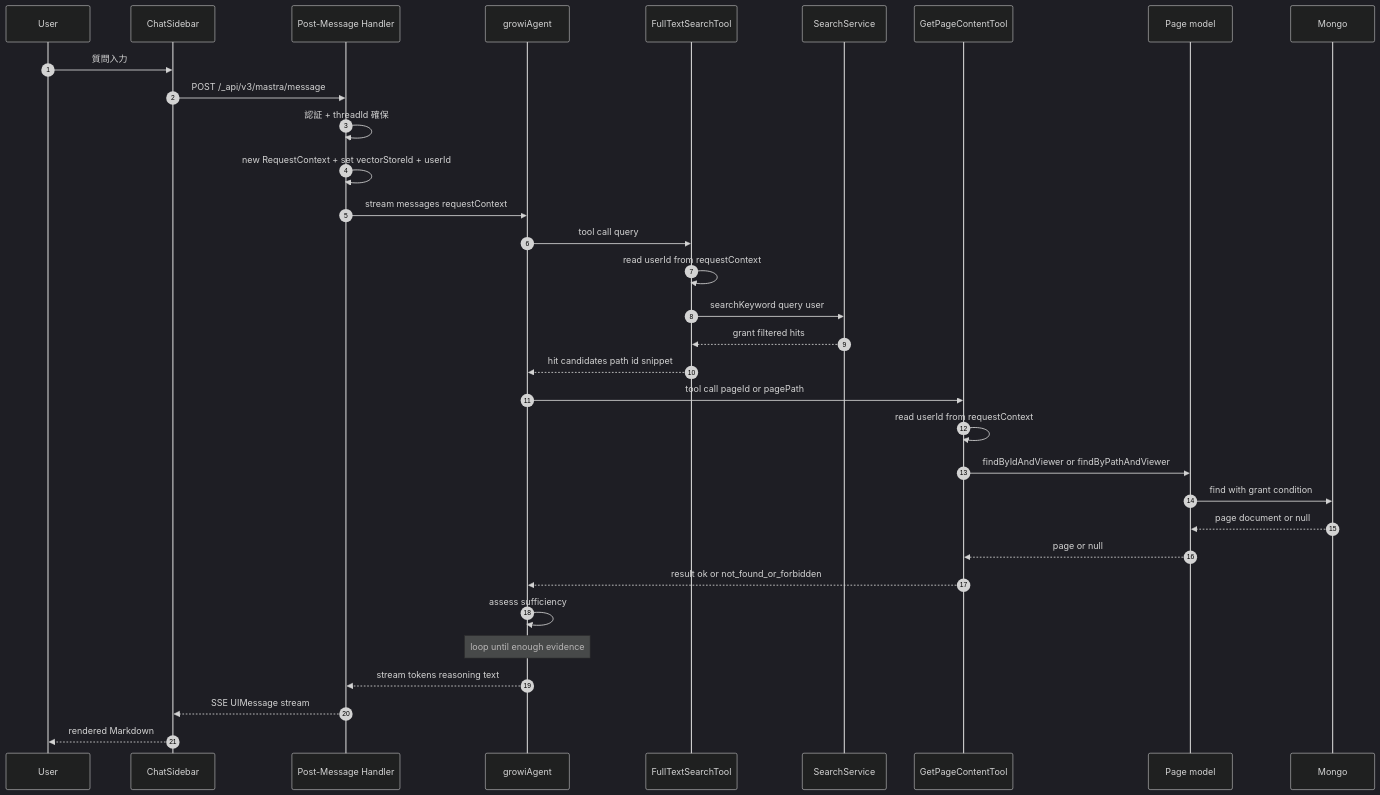
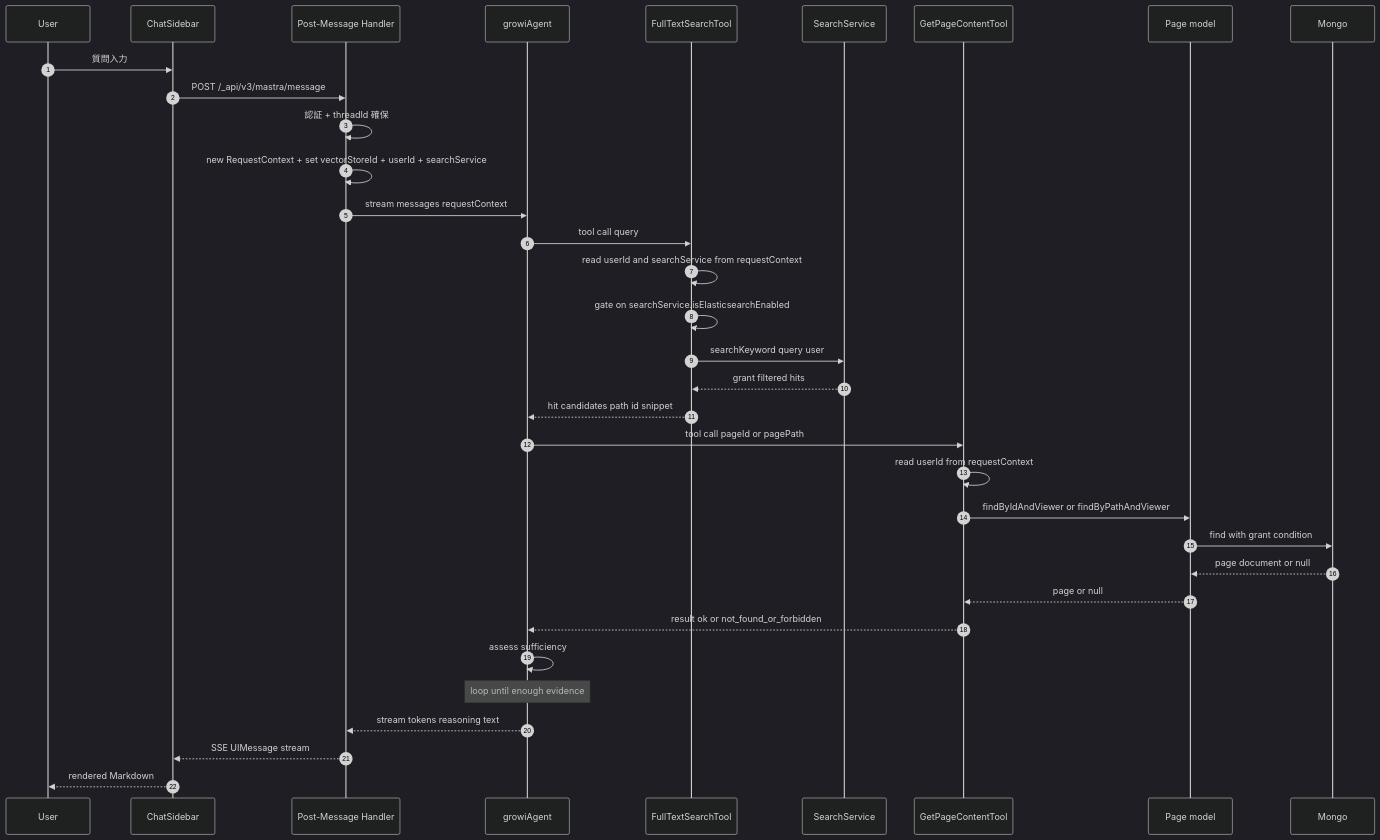
One commit to growilabs/growi changed the second of 4 diagrams in .kiro/specs/agentic-search/design.md. Above: the diagram before and after it, drawn with Mermaid (dark theme). The commit also changed other lines of this file and 2 other files, not shown here.

Commit message:
Update agentic-search specifications and implementation tasks

````diff
--- a/.kiro/specs/agentic-search/design.md
+++ b/.kiro/specs/agentic-search/design.md
@@ -194,36 +194,37 @@
 ```mermaid
 sequenceDiagram
     autonumber
     participant User
     participant ChatSidebar
     participant PostMessage as Post-Message Handler
     participant Agent as growiAgent
     participant FullText as FullTextSearchTool
     participant SearchSvc as SearchService
     participant GetPage as GetPageContentTool
     participant Page as Page model
     participant Mongo
 
     User->>ChatSidebar: 質問入力
     ChatSidebar->>PostMessage: POST /_api/v3/mastra/message
     PostMessage->>PostMessage: 認証 + threadId 確保
-    PostMessage->>PostMessage: new RequestContext + set vectorStoreId + userId
+    PostMessage->>PostMessage: new RequestContext + set vectorStoreId + userId + searchService
     PostMessage->>Agent: stream messages requestContext
     Agent->>FullText: tool call query
-    FullText->>FullText: read userId from requestContext
+    FullText->>FullText: read userId and searchService from requestContext
+    FullText->>FullText: gate on searchService.isElasticsearchEnabled
     FullText->>SearchSvc: searchKeyword query user
     SearchSvc-->>FullText: grant filtered hits
     FullText-->>Agent: hit candidates path id snippet
     Agent->>GetPage: tool call pageId or pagePath
     GetPage->>GetPage: read userId from requestContext
     GetPage->>Page: findByIdAndViewer or findByPathAndViewer
     Page->>Mongo: find with grant condition
     Mongo-->>Page: page document or null
     Page-->>GetPage: page or null
     GetPage-->>Agent: result ok or not_found_or_forbidden
     Agent->>Agent: assess sufficiency
     Note over Agent: loop until enough evidence
     Agent-->>PostMessage: stream tokens reasoning text
     PostMessage-->>ChatSidebar: SSE UIMessage stream
     ChatSidebar-->>User: rendered Markdown
 ```
````
